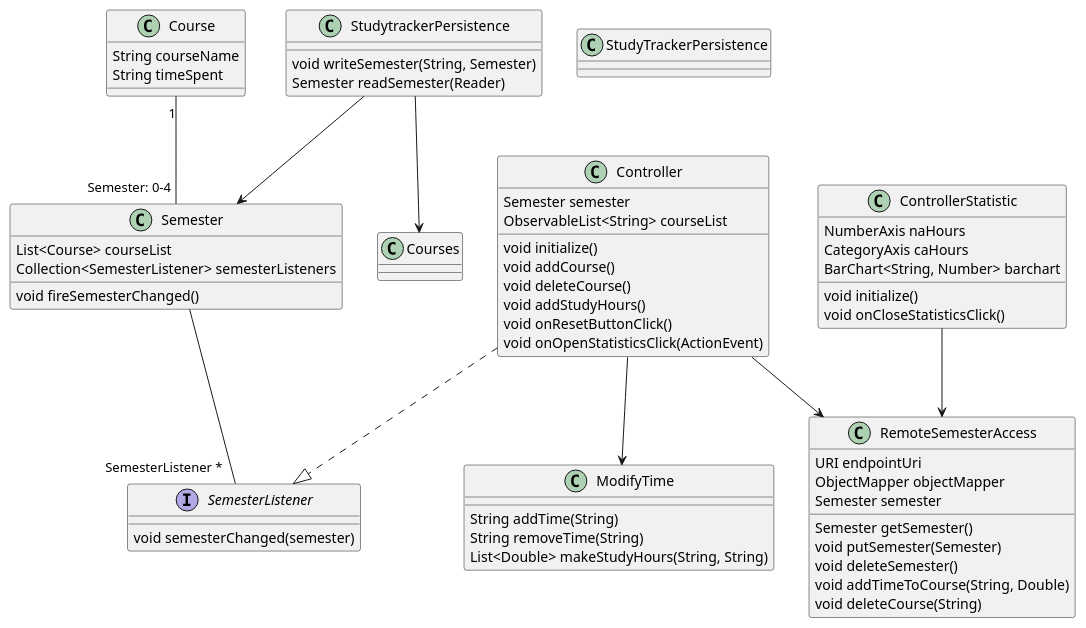
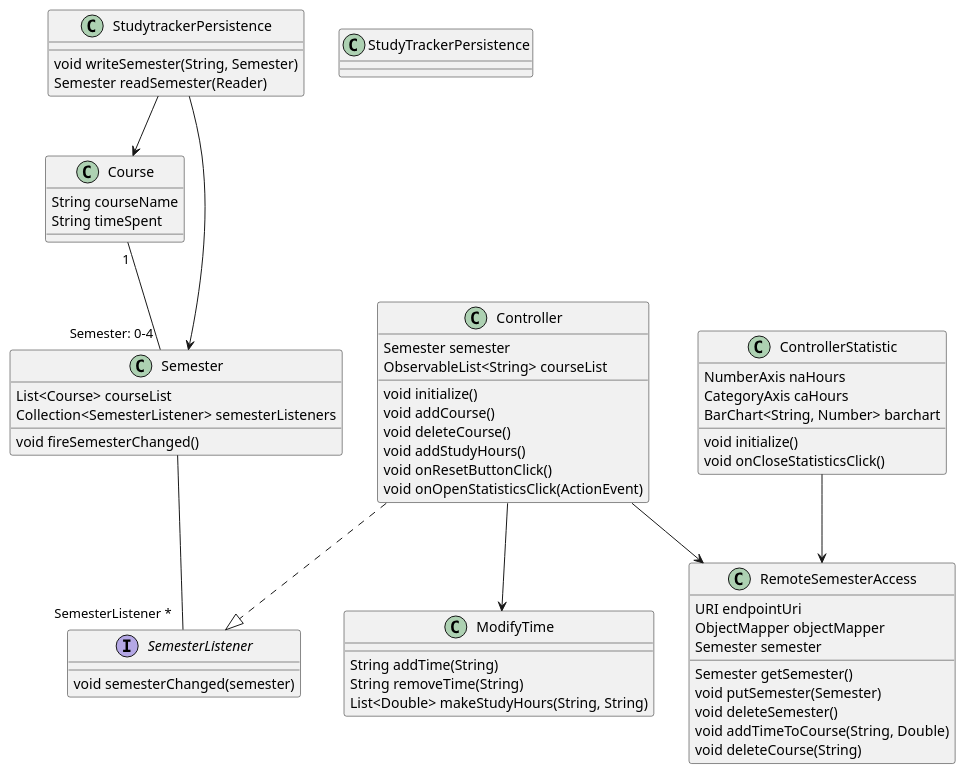
The second of 4 diagrams in IT1901/README.md (bmksimons/studytracker), drawn with PlantUML before and after one commit.

````diff
--- a/IT1901/README.md
+++ b/IT1901/README.md
@@ -104,60 +104,60 @@
 ```plantuml
 @startuml
 interface SemesterListener
 class Course
 class Semester
 class Controller
 class ControllerStatistic
 class RemoteSemesterAccess
 class ModifyTime
 class StudyTrackerPersistence
 
 Course "1" -- "Semester: 0-4" Semester
 Controller ..|> SemesterListener
 Semester -- "SemesterListener *" SemesterListener
 Controller --> RemoteSemesterAccess
 ControllerStatistic --> RemoteSemesterAccess
 Controller --> ModifyTime
 StudytrackerPersistence --> Semester
-StudytrackerPersistence --> Courses
+StudytrackerPersistence --> Course
 
 Course : String courseName
 Course : String timeSpent
 Semester : List<Course> courseList
 Semester : Collection<SemesterListener> semesterListeners
 Semester : void fireSemesterChanged()
 SemesterListener : void semesterChanged(semester)
 
 Controller : Semester semester
 Controller : ObservableList<String> courseList
 Controller : void initialize()
 Controller : void addCourse()
 Controller : void deleteCourse()
 Controller : void addStudyHours()
 Controller : void onResetButtonClick()
 Controller : void onOpenStatisticsClick(ActionEvent)
 
 ControllerStatistic : NumberAxis naHours
 ControllerStatistic : CategoryAxis caHours
 ControllerStatistic : BarChart<String, Number> barchart
 ControllerStatistic : void initialize()
 ControllerStatistic : void onCloseStatisticsClick()
 
 RemoteSemesterAccess : URI endpointUri
 RemoteSemesterAccess : ObjectMapper objectMapper
 RemoteSemesterAccess : Semester semester
 RemoteSemesterAccess : Semester getSemester()
 RemoteSemesterAccess : void putSemester(Semester)
 RemoteSemesterAccess : void deleteSemester()
 RemoteSemesterAccess : void addTimeToCourse(String, Double)
 RemoteSemesterAccess : void deleteCourse(String)
 
 ModifyTime : String addTime(String)
 ModifyTime : String removeTime(String)
 ModifyTime : List<Double> makeStudyHours(String, String)
 
 StudytrackerPersistence : void writeSemester(String, Semester)
 StudytrackerPersistence : Semester readSemester(Reader)
 
 @enduml
 ```
````
